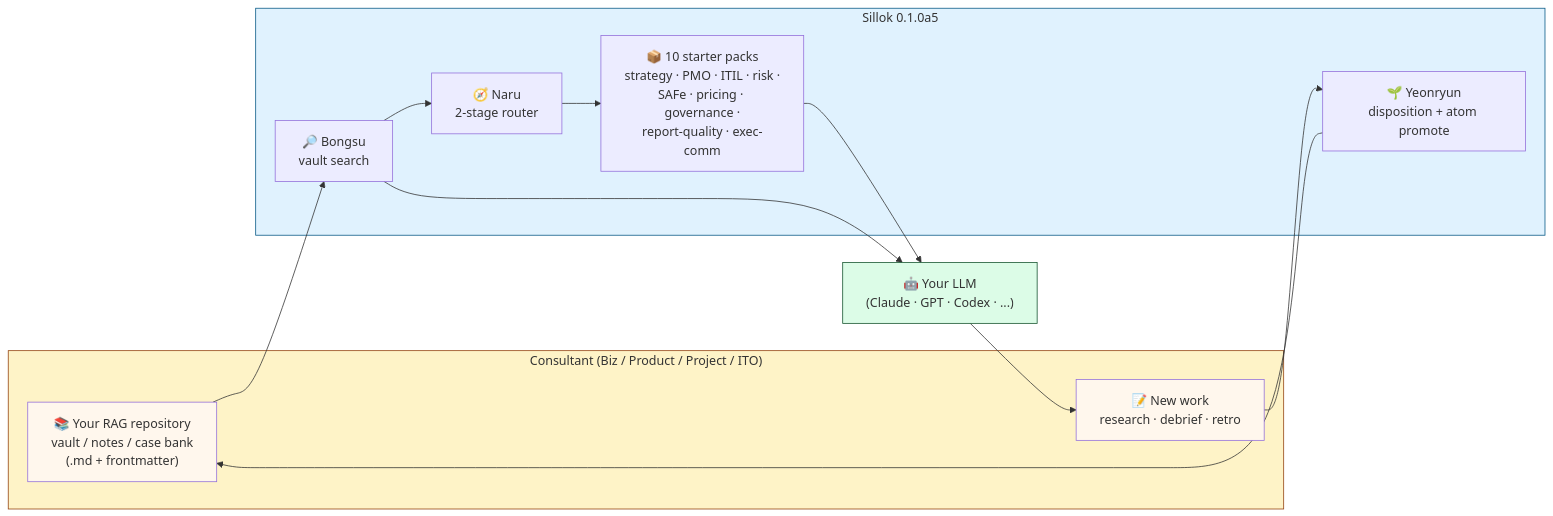
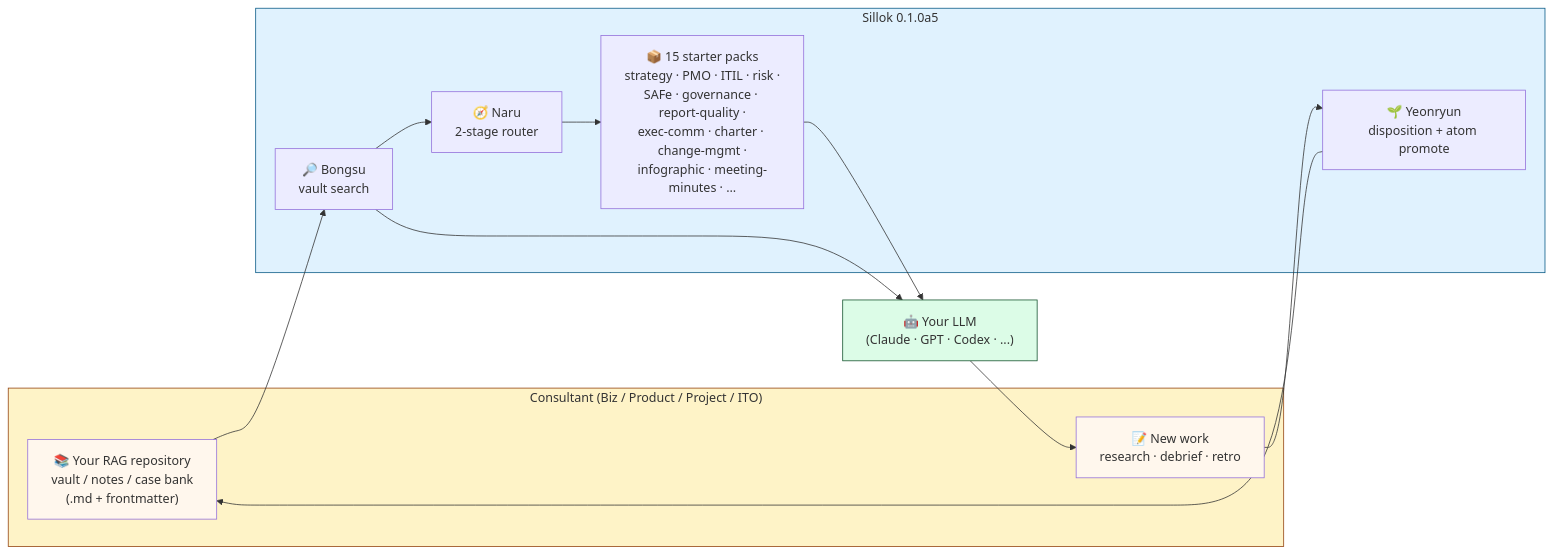
Before and after one commit to sillok-os/sillok: the first of 2 diagrams in README.md, drawn with Mermaid. The commit also changed other lines of this file and 6 other files, not shown here.

````diff
--- a/README.md
+++ b/README.md
@@ -46,31 +46,31 @@
 ```mermaid
 flowchart LR
     subgraph YOU["Consultant (Biz / Product / Project / ITO)"]
         VAULT["📚 Your RAG repository<br/>vault / notes / case bank<br/>(.md + frontmatter)"]
         WORK["📝 New work<br/>research · debrief · retro"]
     end
 
     subgraph SILLOK["Sillok 0.1.0a5"]
-        PACKS["📦 10 starter packs<br/>strategy · PMO · ITIL · risk ·<br/>SAFe · pricing · governance ·<br/>report-quality · exec-comm"]
+        PACKS["📦 15 starter packs<br/>strategy · PMO · ITIL · risk ·<br/>SAFe · governance · report-quality ·<br/>exec-comm · charter · change-mgmt ·<br/>infographic · meeting-minutes · …"]
         ROUTER["🧭 Naru<br/>2-stage router"]
         SEARCH["🔎 Bongsu<br/>vault search"]
         PROMOTE["🌱 Yeonryun<br/>disposition + atom promote"]
     end
 
     LLM["🤖 Your LLM<br/>(Claude · GPT · Codex · ...)"]
 
     VAULT --> SEARCH
     SEARCH --> ROUTER
     ROUTER --> PACKS
     PACKS --> LLM
     SEARCH --> LLM
     LLM --> WORK
     WORK --> PROMOTE
     PROMOTE --> VAULT
 
     style YOU fill:#fef3c7,stroke:#92400e
     style SILLOK fill:#e0f2fe,stroke:#075985
     style VAULT fill:#fff7ed
     style WORK fill:#fff7ed
     style LLM fill:#dcfce7,stroke:#14532d
 ```
````
